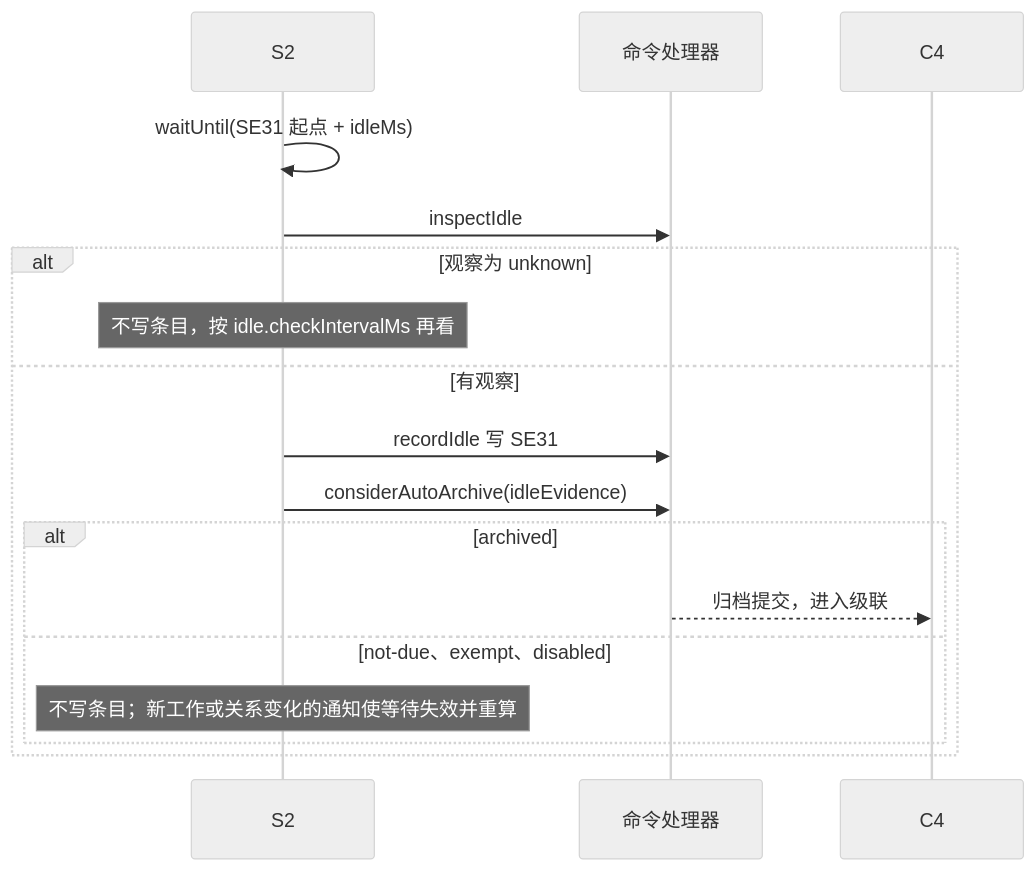
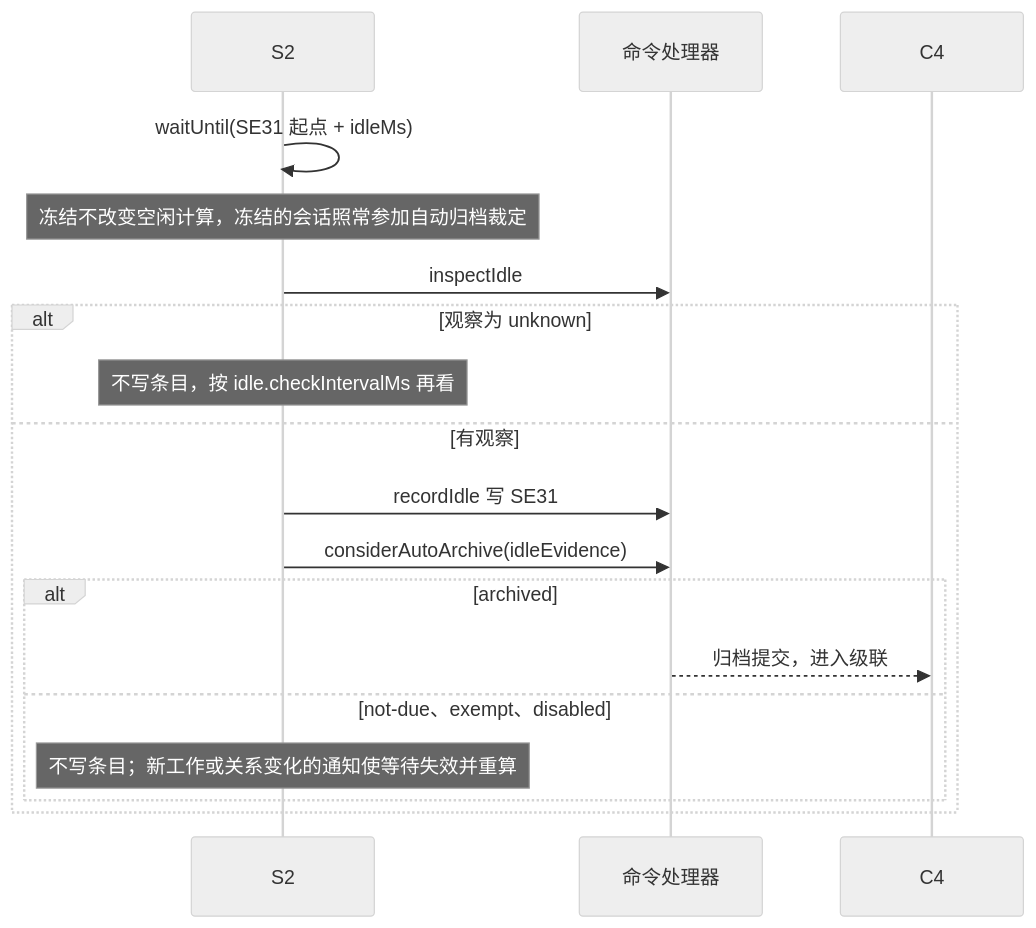
One commit to nemori-ai/omne-harness-lite changed diagram 13 of 17 in packages/session/session/docs/flows.md. Above: the diagram before and after it, drawn with Mermaid (neutral theme). The commit also changed other lines of this file and 3 other files, not shown here.

````diff
--- a/packages/session/session/docs/flows.md
+++ b/packages/session/session/docs/flows.md
@@ -302,19 +337,20 @@
 ```mermaid
 sequenceDiagram
     participant S2 as S2
     participant CP as 命令处理器
     participant C4 as C4
     S2->>S2: waitUntil(SE31 起点 + idleMs)
+    Note over S2: 冻结不改变空闲计算，冻结的会话照常参加自动归档裁定
     S2->>CP: inspectIdle
     alt 观察为 unknown
         Note over S2: 不写条目，按 idle.checkIntervalMs 再看
     else 有观察
         S2->>CP: recordIdle 写 SE31
         S2->>CP: considerAutoArchive(idleEvidence)
         alt archived
             CP-->>C4: 归档提交，进入级联
         else not-due、exempt、disabled
             Note over S2: 不写条目；新工作或关系变化的通知使等待失效并重算
         end
     end
 ```
````
